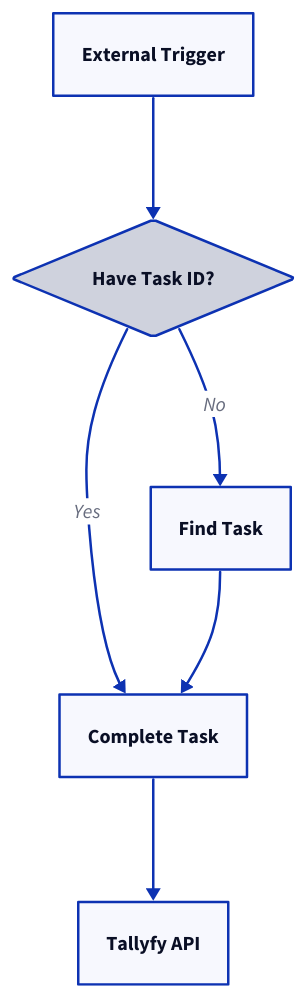
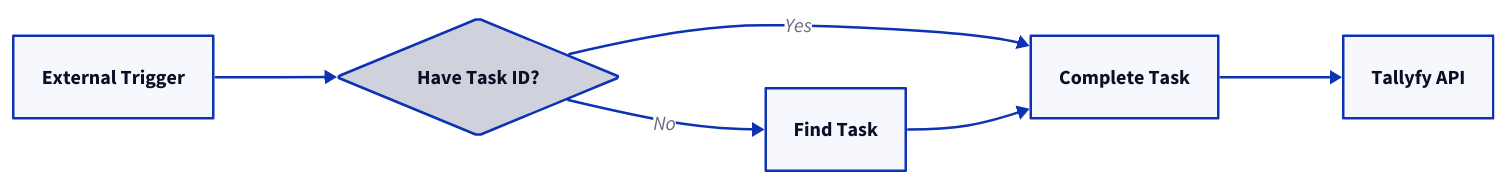
Before and after one commit to tallyfy/documentation: the diagram in src/content/docs/pro/integrations/middleware/zapier/how-to-automate-tasks-in-tallyfy-using-zaps.mdx, drawn with D2. The commit also changed other lines of this file and 605 other files, not shown here.

````diff
--- a/src/content/docs/pro/integrations/middleware/zapier/how-to-automate-tasks-in-tallyfy-using-zaps.mdx
+++ b/src/content/docs/pro/integrations/middleware/zapier/how-to-automate-tasks-in-tallyfy-using-zaps.mdx
@@ -23,14 +24,16 @@
 ```d2
+direction: right
+
 Trigger: "External Trigger"
 Check: "Have Task ID?" {shape: diamond}
 Find: "Find Task"
 Complete: "Complete Task"
 API: "Tallyfy API"
 
 Trigger -> Check
 Check -> Find: "No"
 Check -> Complete: "Yes"
 Find -> Complete
 Complete -> API
 
 ```
````
